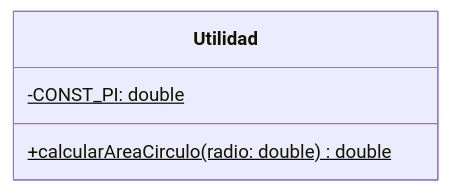
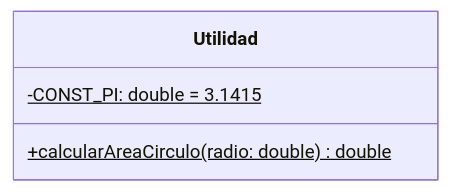
Diagram 23 of 29 in UD4 - Introducción a POO, diagramas UML y diagramas de clases/ud04_2_notacion_uml_diagramas_clases.md (danielmartinan/entornos_desarrollo_2024-25), drawn with Mermaid before and after one commit.

````diff
--- a/UD4 - Introducción a POO, diagramas UML y diagramas de clases/ud04_2_notacion_uml_diagramas_clases.md
+++ b/UD4 - Introducción a POO, diagramas UML y diagramas de clases/ud04_2_notacion_uml_diagramas_clases.md
@@ -671,7 +671,7 @@
 ```mermaid
 classDiagram
     class Utilidad {
-        -CONST_PI: double $
+        -CONST_PI: double = 3.1415 $
         +calcularAreaCirculo(radio: double) double $
     }
 ```
````
